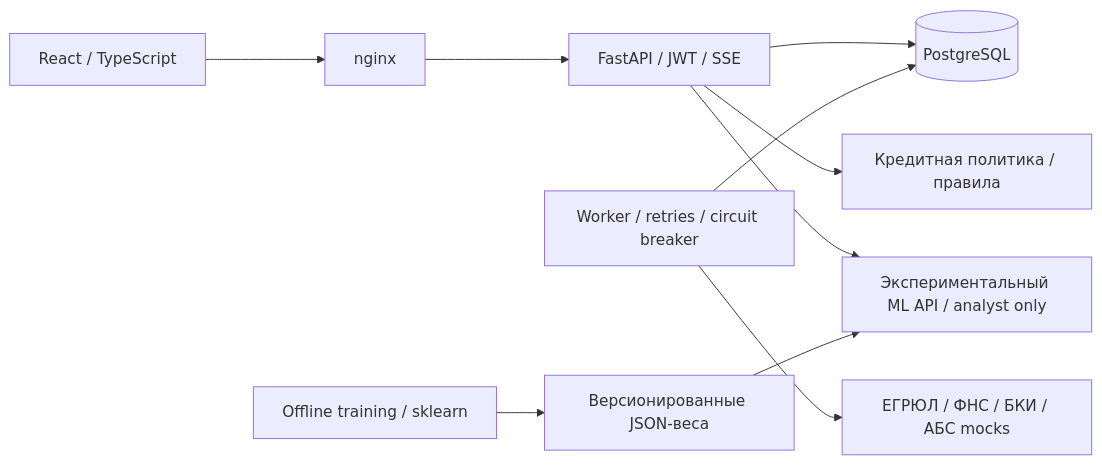
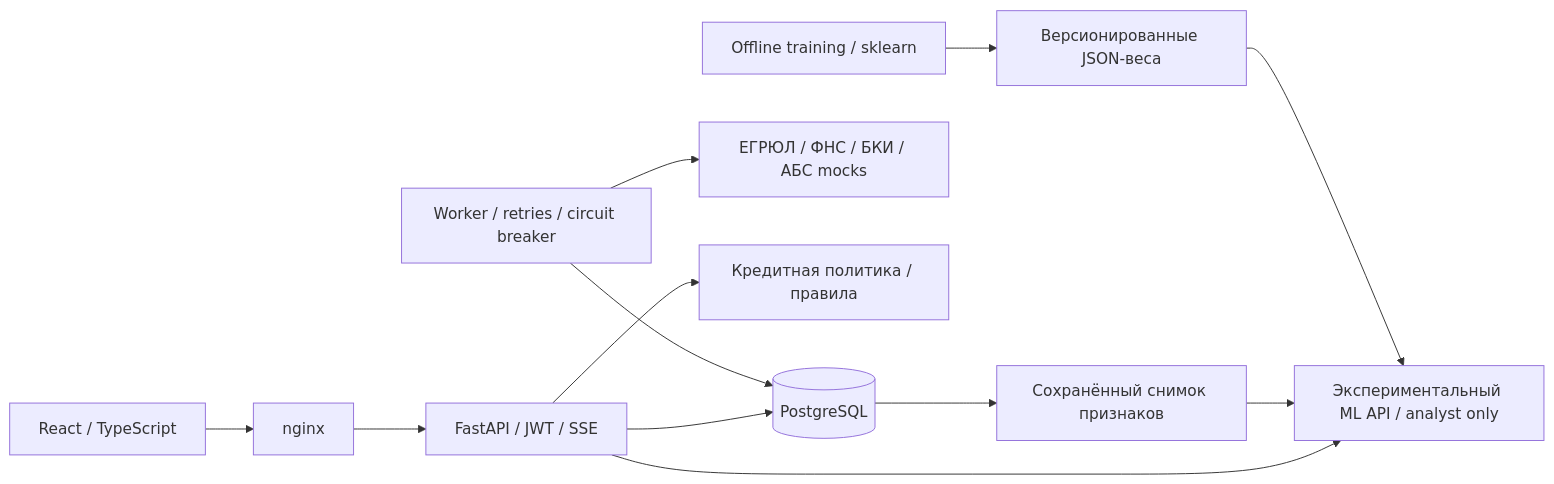
The diagram in README.md (MrFerrumL/alpha-smart-credit-cabinet), drawn with Mermaid before and after one commit. The commit also changed other lines of this file and 45 other files, not shown here.

````diff
--- a/README.md
+++ b/README.md
@@ -46,12 +50,14 @@
 ```mermaid
 flowchart LR
     UI[React / TypeScript] --> N[nginx]
     N --> API[FastAPI / JWT / SSE]
     API --> DB[(PostgreSQL)]
     W[Worker / retries / circuit breaker] --> DB
     W --> M[ЕГРЮЛ / ФНС / БКИ / АБС mocks]
     API --> R[Кредитная политика / правила]
     API --> ML[Экспериментальный ML API / analyst only]
+    DB --> S[Сохранённый снимок признаков]
+    S --> ML
     T[Offline training / sklearn] --> J[Версионированные JSON-веса]
     J --> ML
 ```
````
